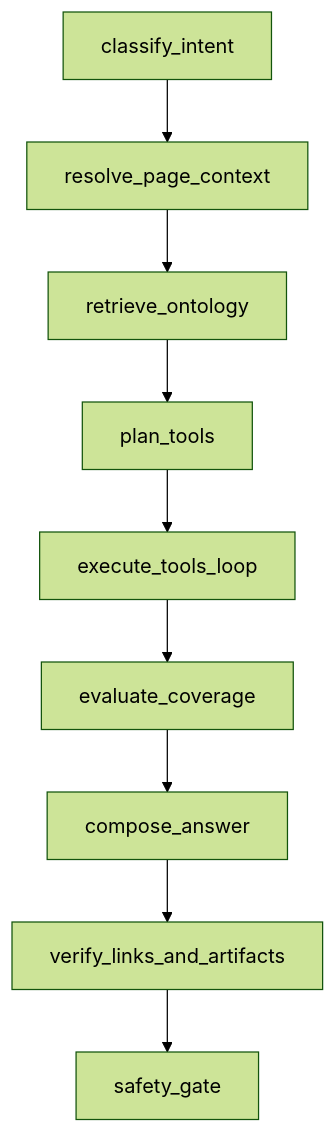
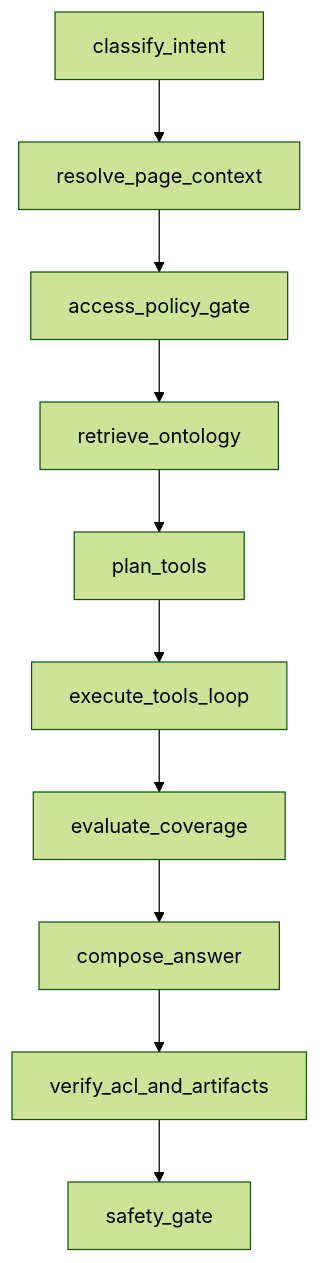
The first of 2 diagrams in data/boi/public/boi-wiki-manual/agent/native-boi-agent-tool-loop.md (chokukil/boi-wiki), drawn with Mermaid (forest theme) before and after one commit. The commit also changed other lines of this file and 2 other files, not shown here.

Commit message:
Improve BoI Agent ontology follow-up for diagrams

````diff
--- a/data/boi/public/boi-wiki-manual/agent/native-boi-agent-tool-loop.md
+++ b/data/boi/public/boi-wiki-manual/agent/native-boi-agent-tool-loop.md
@@ -32,11 +34,12 @@
 ```mermaid
 flowchart TD
   A["classify_intent"] --> B["resolve_page_context"]
-  B --> C["retrieve_ontology"]
+  B --> ACL["access_policy_gate"]
+  ACL --> C["retrieve_ontology"]
   C --> D["plan_tools"]
   D --> E["execute_tools_loop"]
   E --> F["evaluate_coverage"]
   F --> G["compose_answer"]
-  G --> H["verify_links_and_artifacts"]
+  G --> H["verify_acl_and_artifacts"]
   H --> I["safety_gate"]
 ```
````
